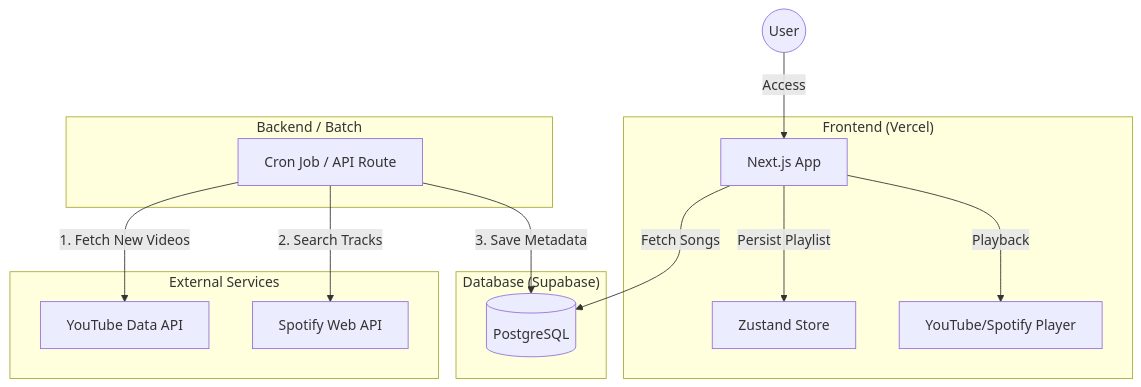
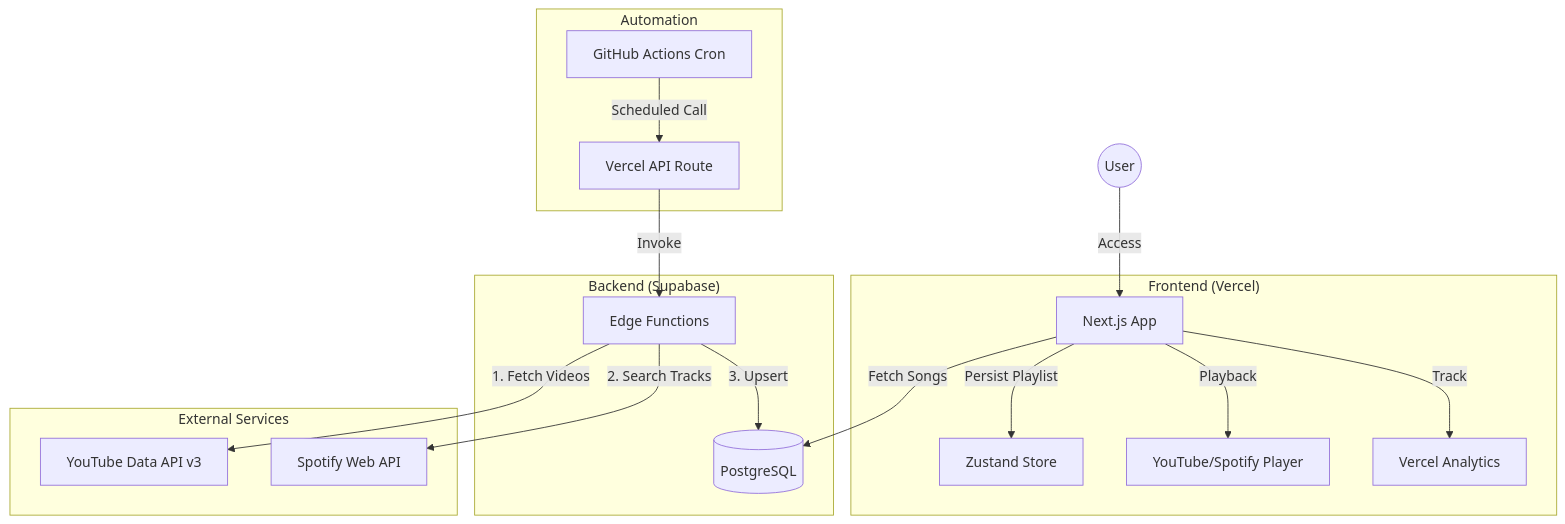
Before and after one commit to kaguya25/oshiga-utatteta: the diagram in README.md, drawn with Mermaid. The commit also changed other lines of this file and 2 other files, not shown here.

Commit message:
docs: update README, requirements, supabase docs to match current state

````diff
--- a/README.md
+++ b/README.md
@@ -28,32 +40,38 @@
 ```mermaid
 graph TD
     User((User))
-    
+
     subgraph "Frontend (Vercel)"
         UI[Next.js App]
         Player[YouTube/Spotify Player]
         Store[Zustand Store]
+        Analytics[Vercel Analytics]
     end
-    
-    subgraph "Backend / Batch"
-        Cron[Cron Job / API Route]
+
+    subgraph "Automation"
+        GHA[GitHub Actions Cron]
+        API[Vercel API Route]
     end
-    
-    subgraph "Database (Supabase)"
+
+    subgraph "Backend (Supabase)"
         DB[(PostgreSQL)]
+        EF[Edge Functions]
     end
-    
+
     subgraph "External Services"
-        YouTube[YouTube Data API]
+        YouTube[YouTube Data API v3]
         Spotify[Spotify Web API]
     end
-    
+
     User -->|Access| UI
     UI -->|Fetch Songs| DB
     UI -->|Persist Playlist| Store
     UI -->|Playback| Player
-    
-    Cron -->|1. Fetch New Videos| YouTube
-    Cron -->|2. Search Tracks| Spotify
-    Cron -->|3. Save Metadata| DB
+    UI -->|Track| Analytics
+
+    GHA -->|Scheduled Call| API
+    API -->|Invoke| EF
+    EF -->|1. Fetch Videos| YouTube
+    EF -->|2. Search Tracks| Spotify
+    EF -->|3. Upsert| DB
 ```
````
